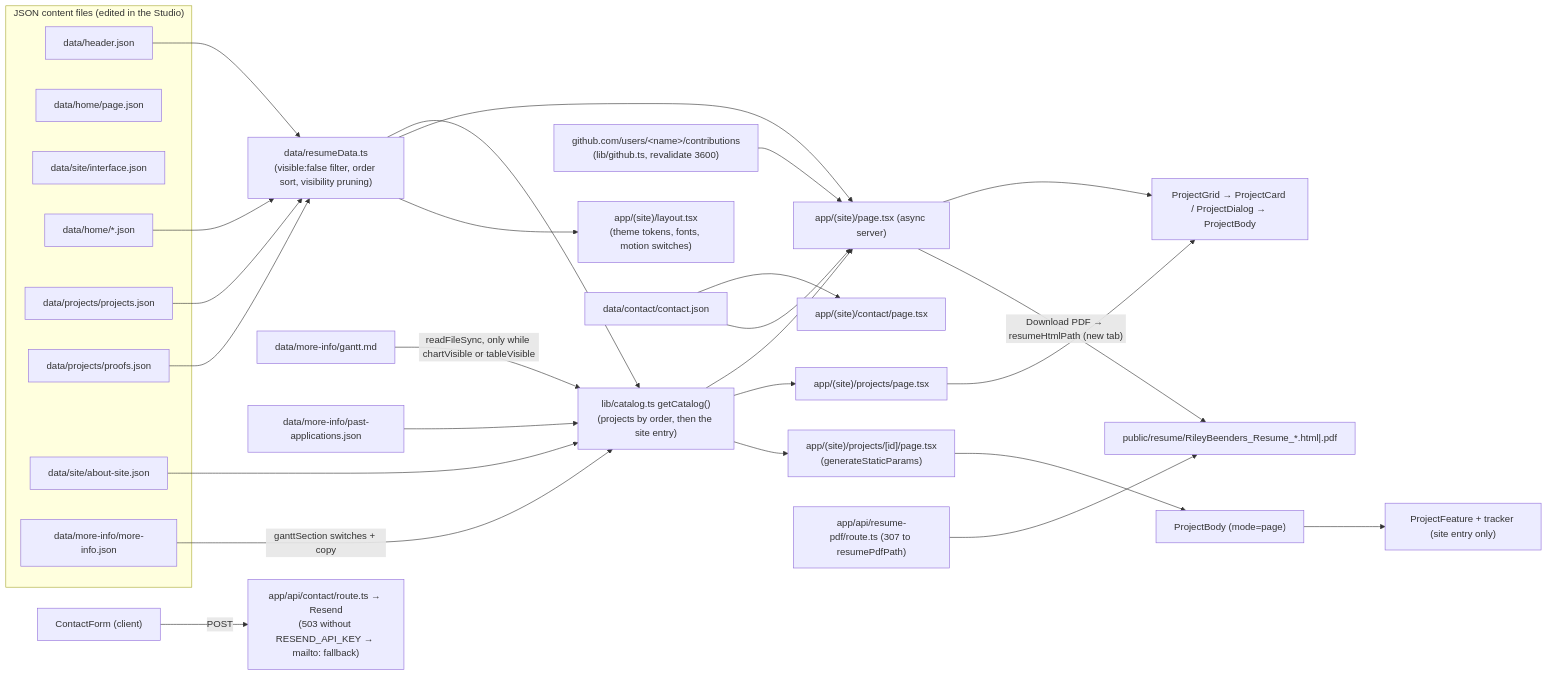
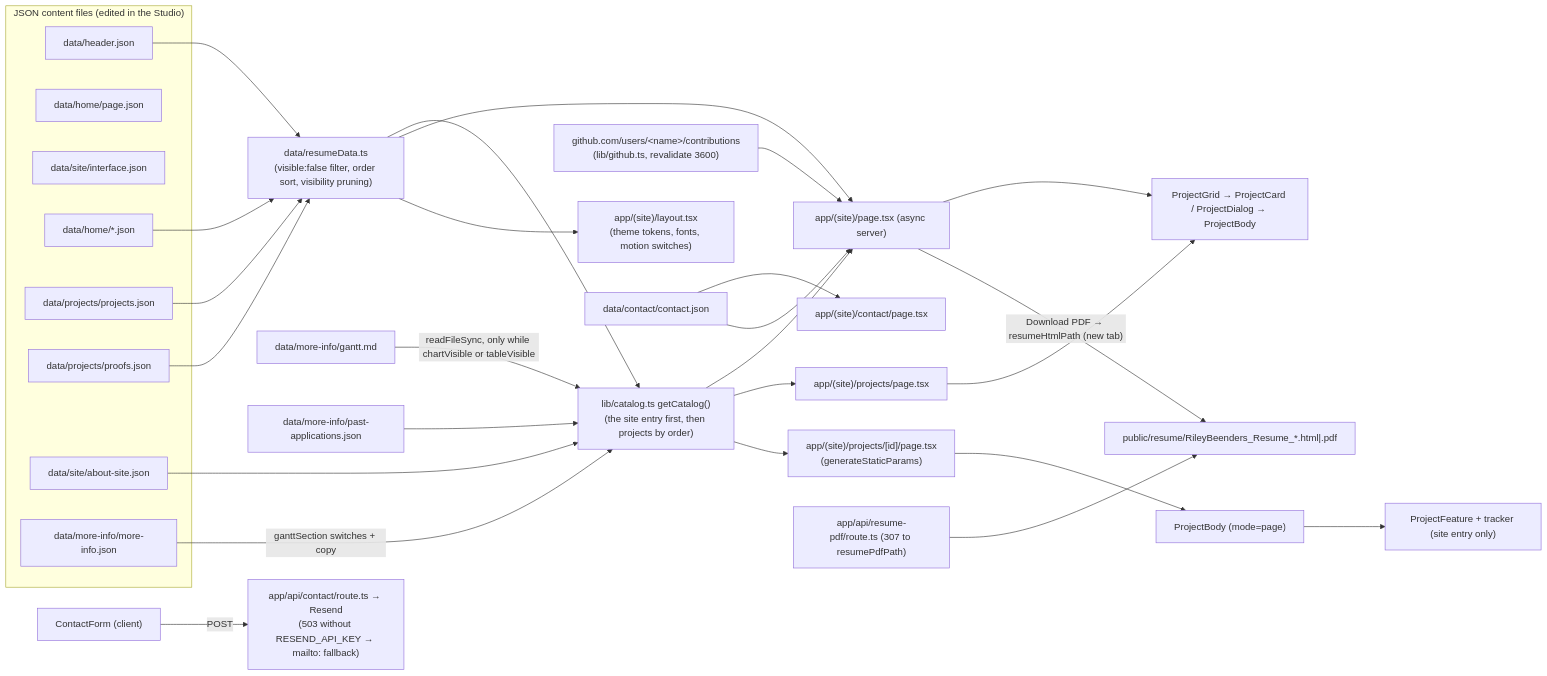
One commit to RileyBeenders/rileybeenders.com changed the diagram in .obsidian/rileybeenders.com Notes/00 Overview/Architecture and Data Flow.md. Above: the diagram before and after it, drawn with Mermaid. The commit also changed 2 other files, not shown here.

Commit message:
Put RileyBeenders.com first in the project list
- The catalog starts with the site entry, then the projects by order
- Applies to /projects, the home page grid, and the project pages' previous/next
- Vault notes updated

````diff
--- a/.obsidian/rileybeenders.com Notes/00 Overview/Architecture and Data Flow.md
+++ b/.obsidian/rileybeenders.com Notes/00 Overview/Architecture and Data Flow.md
@@ -42,37 +42,37 @@
 ```mermaid
 flowchart LR
   subgraph JSON["JSON content files (edited in the Studio)"]
     H[data/header.json]
     HP[data/home/page.json]
     UI[data/site/interface.json]
     HJ[data/home/*.json]
     PR[data/projects/projects.json]
     PF[data/projects/proofs.json]
     AS[data/site/about-site.json]
     MI[data/more-info/more-info.json]
   end
 
   H & HJ & PR & PF --> RD["data/resumeData.ts\n(visible:false filter, order sort, visibility pruning)"]
-  RD --> CAT["lib/catalog.ts getCatalog()\n(projects by order, then the site entry)"]
+  RD --> CAT["lib/catalog.ts getCatalog()\n(the site entry first, then projects by order)"]
   AS --> CAT
   MI -->|"ganttSection switches + copy"| CAT
   GMD[data/more-info/gantt.md] -->|"readFileSync, only while chartVisible or tableVisible"| CAT
   PA[data/more-info/past-applications.json] --> CAT
 
   RD --> HOME["app/(site)/page.tsx (async server)"]
   CAT --> HOME
   GH["github.com/users/&lt;name&gt;/contributions\n(lib/github.ts, revalidate 3600)"] --> HOME
   CAT --> PROJ["app/(site)/projects/page.tsx"]
   CAT --> PAGE["app/(site)/projects/[id]/page.tsx\n(generateStaticParams)"]
   RD --> LAYOUT["app/(site)/layout.tsx\n(theme tokens, fonts, motion switches)"]
   CT[data/contact/contact.json] --> CONTACT["app/(site)/contact/page.tsx"]
   CT --> HOME
 
   HOME --> GRID["ProjectGrid → ProjectCard / ProjectDialog → ProjectBody"]
   PROJ --> GRID
   PAGE --> BODY["ProjectBody (mode=page)"]
   BODY --> FEAT["ProjectFeature + tracker (site entry only)"]
   HOME -->|"Download PDF → resumeHtmlPath (new tab)"| PDF["public/resume/RileyBeenders_Resume_*.html|.pdf"]
   API1["app/api/resume-pdf/route.ts (307 to resumePdfPath)"] --> PDF
   FORM["ContactForm (client)"] -->|POST| API2["app/api/contact/route.ts → Resend\n(503 without RESEND_API_KEY → mailto: fallback)"]
 ```
````
